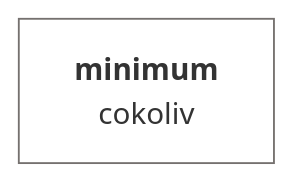
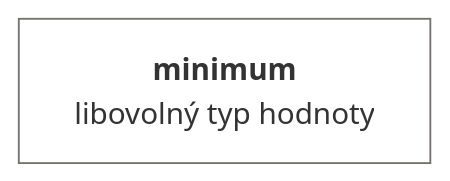
Before and after one commit to muzikp/retusa: the fifth of 38 diagrams in docs/cs-CZ.md, drawn with Mermaid. The commit also changed other lines of this file and 8 other files, not shown here.

````diff
--- a/docs/cs-CZ.md
+++ b/docs/cs-CZ.md
@@ -144,7 +144,7 @@
 ```mermaid
 graph TD
-min[<b>minimum<br></b>cokoliv]
+min[<b>minimum<br></b>libovolný typ hodnoty]
 style min fill:#FFFFFF;
 style min stroke:#75716F;
 
 ```
````
